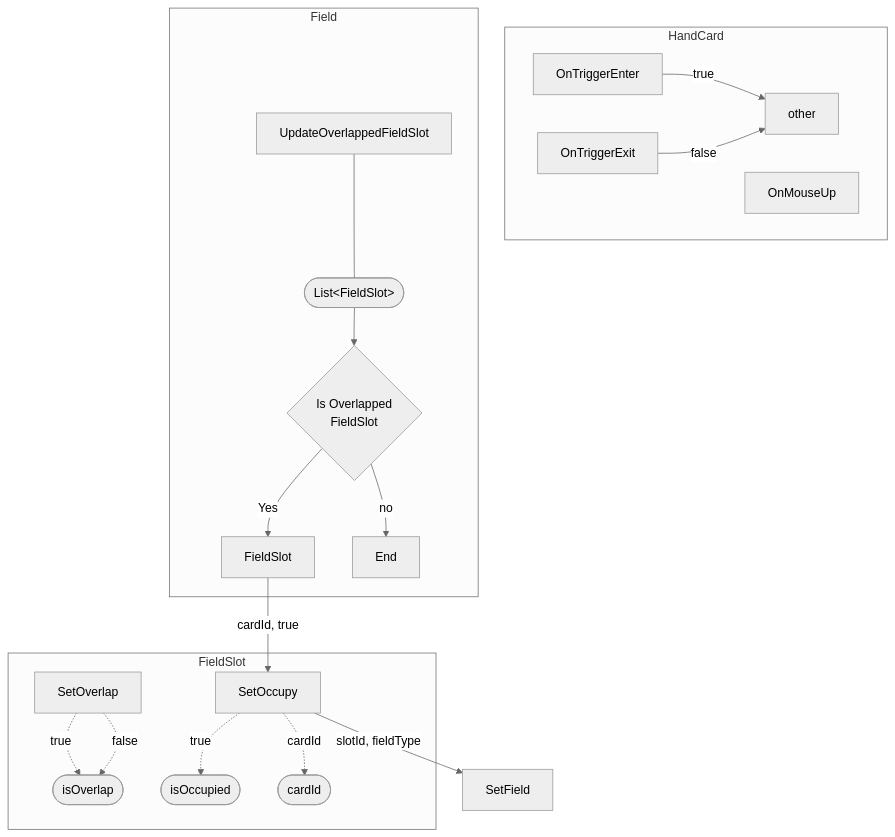
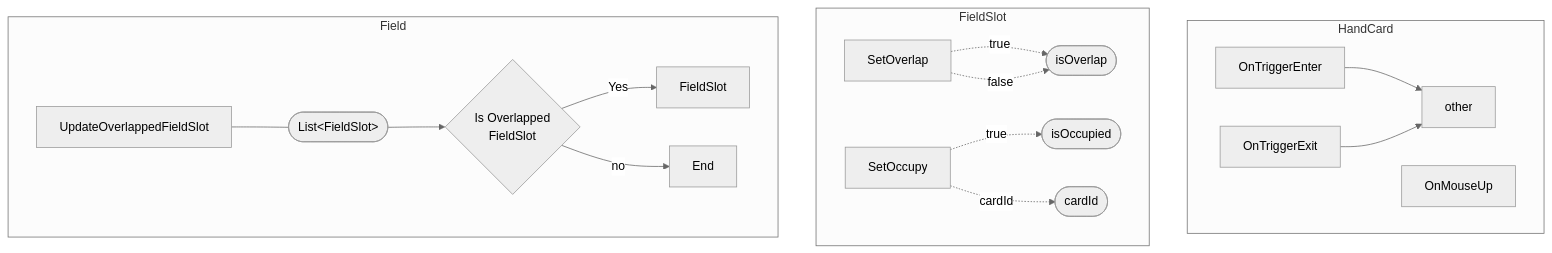
One commit to Milkbboy/repo changed the second of 2 diagrams in Assets/ERang/Flowcharts/Card.md. Above: the diagram before and after it, drawn with Mermaid (neutral theme). The commit also changed 24 other files, not shown here.

````diff
--- a/Assets/ERang/Flowcharts/Card.md
+++ b/Assets/ERang/Flowcharts/Card.md
@@ -35,29 +35,26 @@
 ```mermaid
 flowchart TB
     subgraph HandCard
-    OnTriggerEnter-- true -->other
-    OnTriggerExit-- false -->other
+    OnTriggerEnter --> other
+    OnTriggerExit --> other
     OnMouseUp
     end
-    
-    subgraph Field
-    UpdateOverlappedFieldSlot --- slots
-    slots([ List#lt;FieldSlot#gt; ])
-    slots --> find{ Is Overlapped<br>FieldSlot }
-    find -- Yes --> found[ FieldSlot ]
-    find -- no --> End
-    end
-    
+
     subgraph FieldSlot
     SetOverlap-. true .-> overlap
     SetOverlap-. false .-> overlap
     overlap([ isOverlap ])
     SetOccupy-. true .-> occupy
     SetOccupy-. cardId .-> cardId
     occupy([ isOccupied ])
     cardId([ cardId ])
     end
-    
-    found -- "cardId, true" --> SetOccupy
-    SetOccupy -- "slotId, fieldType" --> SetField
+
+    subgraph Field
+    UpdateOverlappedFieldSlot --- slots
+    slots([ List#lt;FieldSlot#gt; ])
+    slots --> find{ Is Overlapped<br>FieldSlot }
+    find -- Yes --> found[ FieldSlot ]
+    find -- no --> End
+    end
 ```
````
